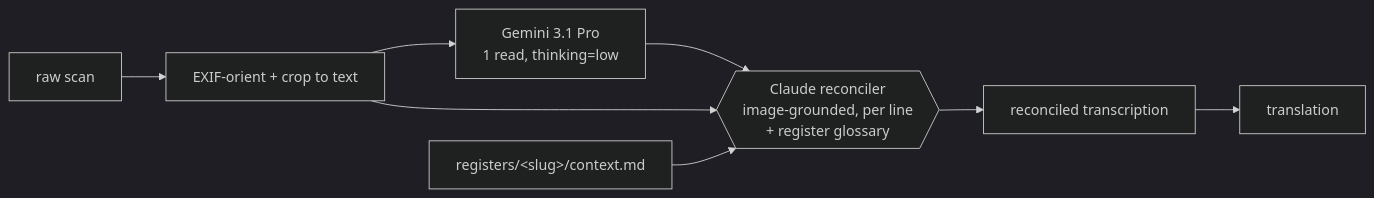
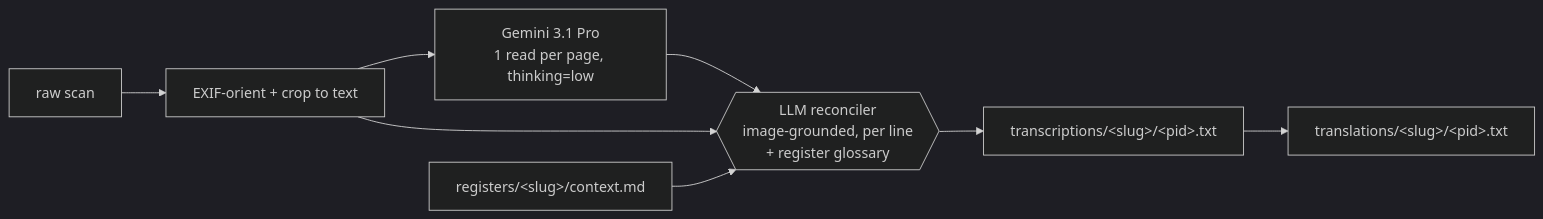
The diagram in README.md (brokenlander/diocesan-htr), drawn with Mermaid (dark theme) before and after one commit. The commit also changed other lines of this file and 1033 other files, not shown here.

First line of the commit message:
Restructure repo: lift transcriptions/ and translations/ to top level

````diff
--- a/README.md
+++ b/README.md
@@ -48,10 +88,10 @@
 ```mermaid
 flowchart LR
     A[raw scan] --> B[EXIF-orient + crop to text]
-    B --> C[Gemini 3.1 Pro<br/>1 read, thinking=low]
-    C --> D{{Claude reconciler<br/>image-grounded, per line<br/>+ register glossary}}
+    B --> C[Gemini 3.1 Pro<br/>1 read per page, thinking=low]
+    C --> D{{LLM reconciler<br/>image-grounded, per line<br/>+ register glossary}}
     B --> D
     E[registers/&lt;slug&gt;/context.md] --> D
-    D --> F[reconciled transcription]
-    F --> G[translation]
+    D --> F[transcriptions/&lt;slug&gt;/&lt;pid&gt;.txt]
+    F --> G[translations/&lt;slug&gt;/&lt;pid&gt;.txt]
 ```
````
